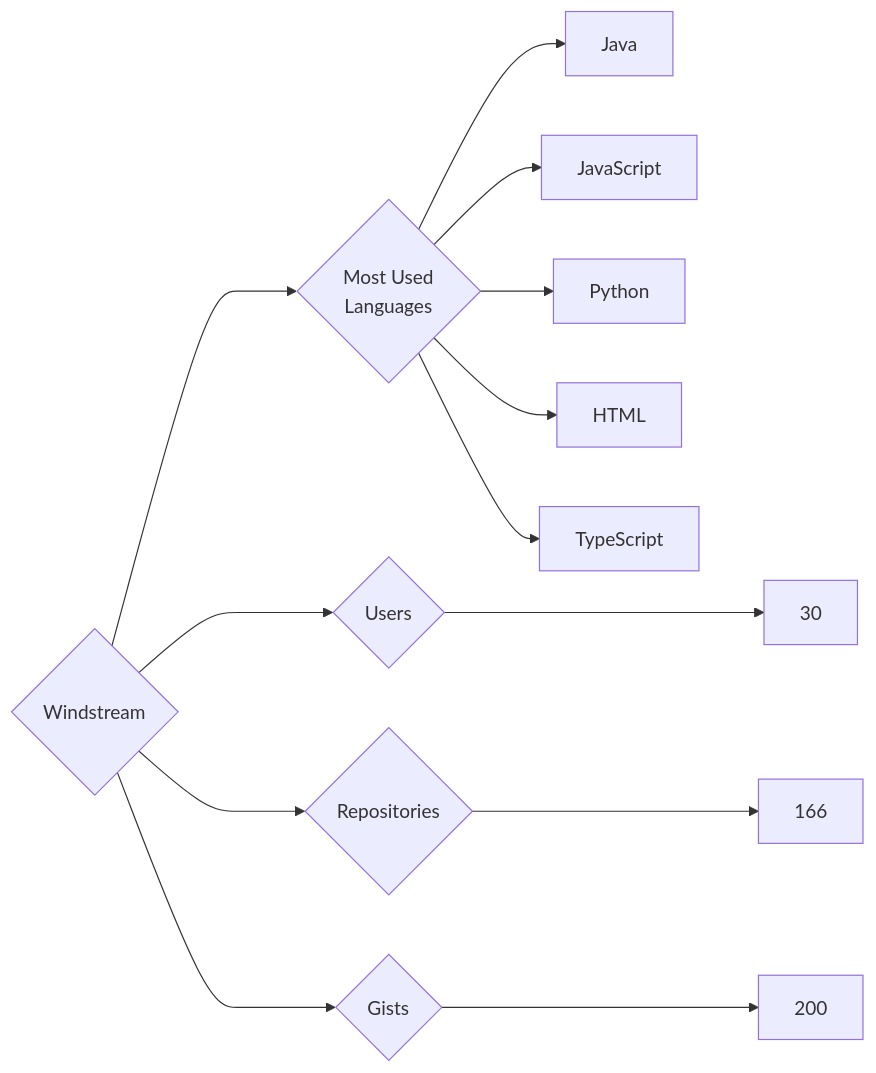
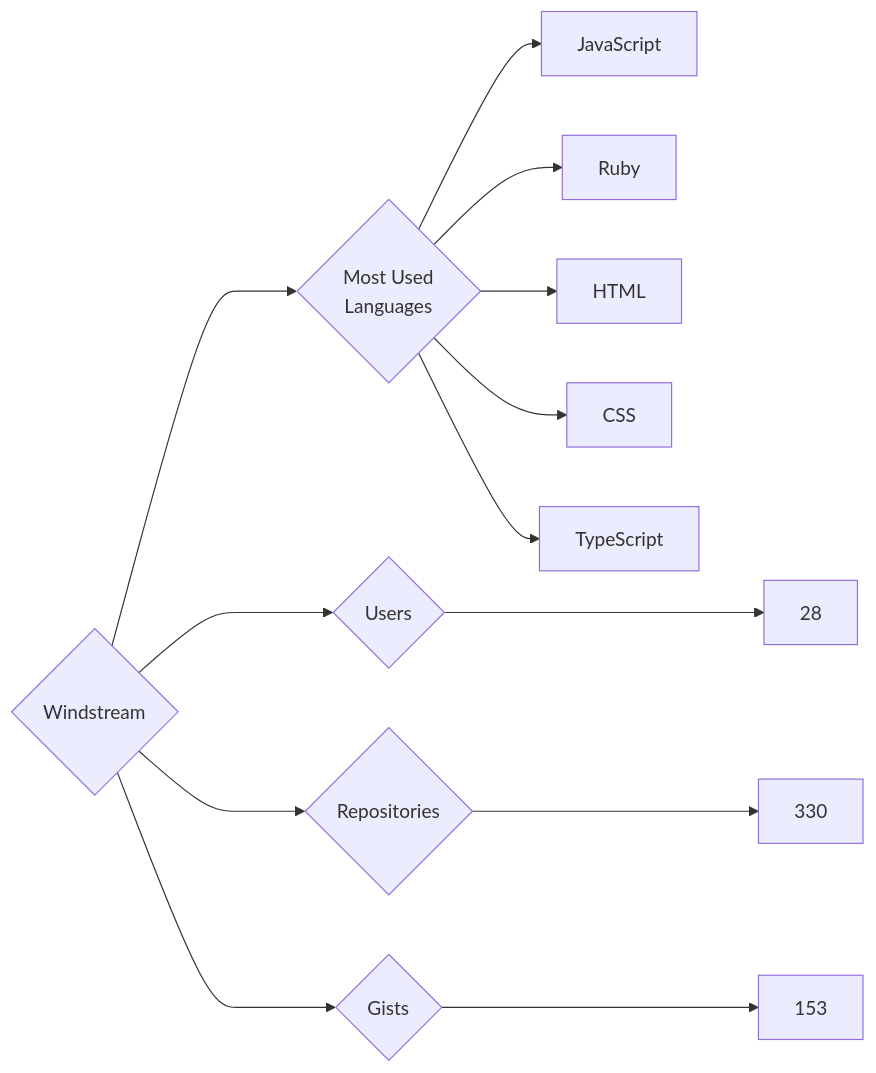
One commit to trickest/insiders changed the diagram in targets/Windstream/README.md. Above: the diagram before and after it, drawn with Mermaid. The commit also changed 748 other files, not shown here.

````diff
--- a/targets/Windstream/README.md
+++ b/targets/Windstream/README.md
@@ -3,13 +3,13 @@
 ```mermaid
 graph LR
 COMPANY_NAME{Windstream}
-COMPANY_NAME ---> U{Users} ---> UN[30]
-COMPANY_NAME ---> R{Repositories} ---> RN[166]
-COMPANY_NAME ---> G{Gists} ---> GN[200]
+COMPANY_NAME ---> U{Users} ---> UN[28]
+COMPANY_NAME ---> R{Repositories} ---> RN[330]
+COMPANY_NAME ---> G{Gists} ---> GN[153]
 COMPANY_NAME ---> ML{Most Used<br>Languages}
-ML --> Java[Java]
 ML --> JavaScript[JavaScript]
-ML --> Python[Python]
+ML --> Ruby[Ruby]
 ML --> HTML[HTML]
+ML --> CSS[CSS]
 ML --> TypeScript[TypeScript]
 ```
````
